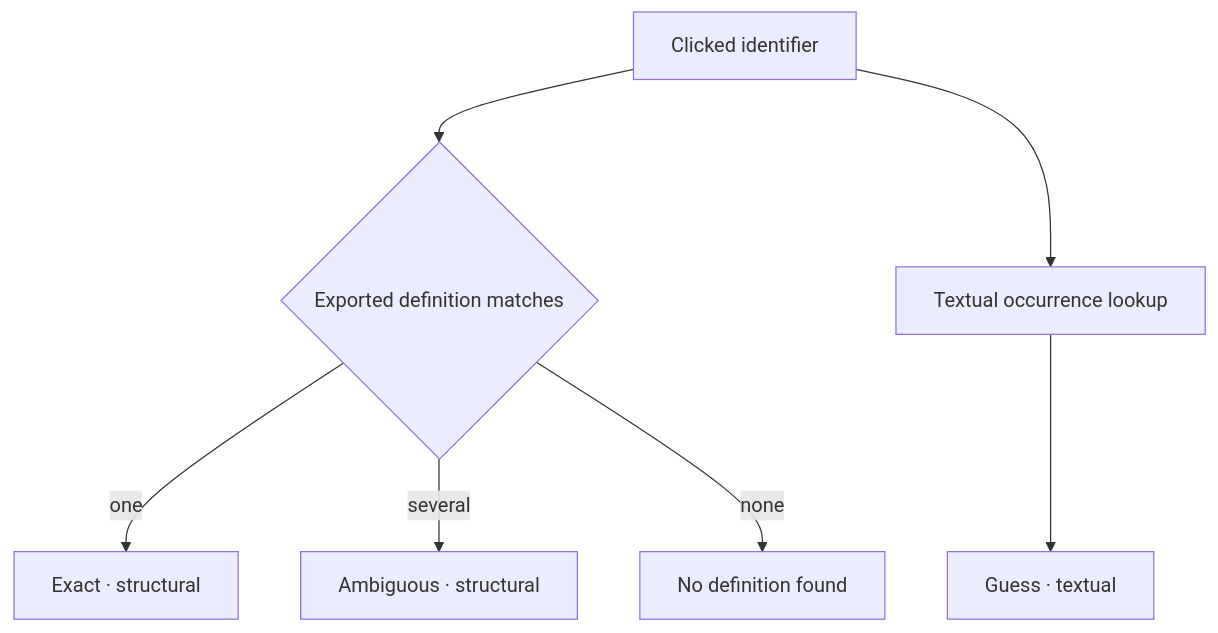
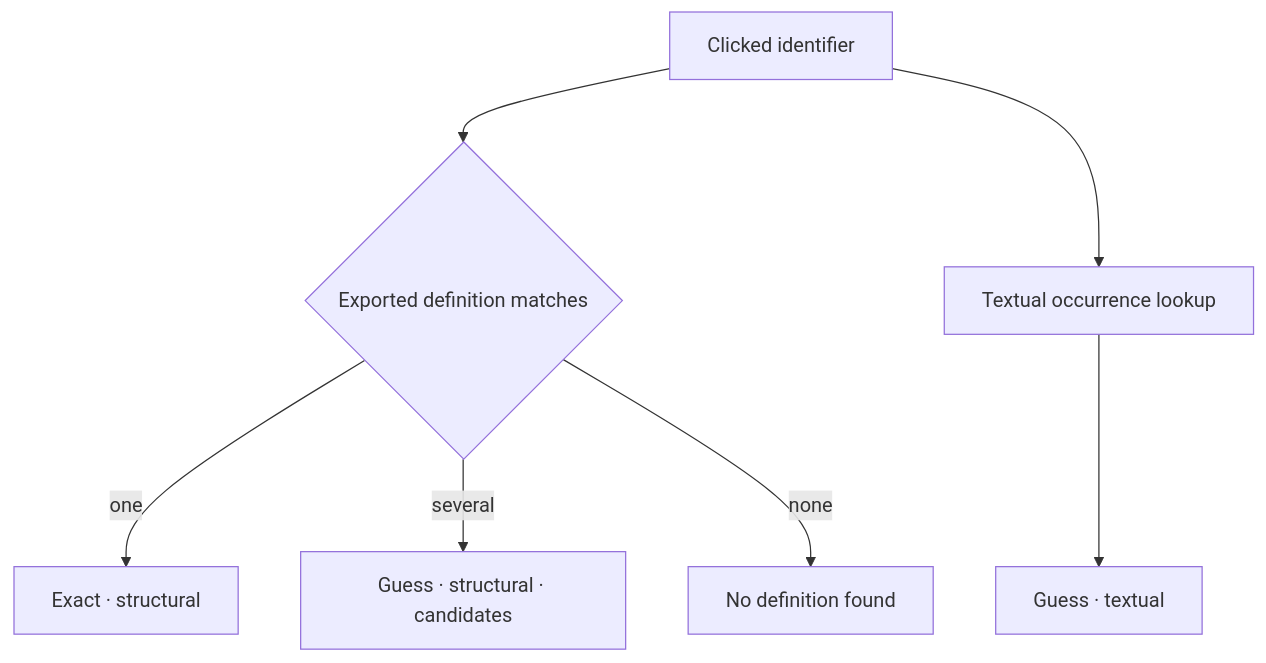
The second of 3 diagrams in docs/src/content/docs/developing/concepts/code-intelligence.md (rbutera/Rennet), drawn with Mermaid before and after one commit. The commit also changed other lines of this file and 26 other files, not shown here.

````diff
--- a/docs/src/content/docs/developing/concepts/code-intelligence.md
+++ b/docs/src/content/docs/developing/concepts/code-intelligence.md
@@ -50,9 +50,9 @@
 ```mermaid
 flowchart TD
   query["Clicked identifier"] --> defs{"Exported definition matches"}
   defs -->|one| exact["Exact · structural"]
-  defs -->|several| ambiguous["Ambiguous · structural"]
+  defs -->|several| guessStructural["Guess · structural · candidates"]
   defs -->|none| empty["No definition found"]
   query --> names["Textual occurrence lookup"]
   names --> guess["Guess · textual"]
 ```
````
